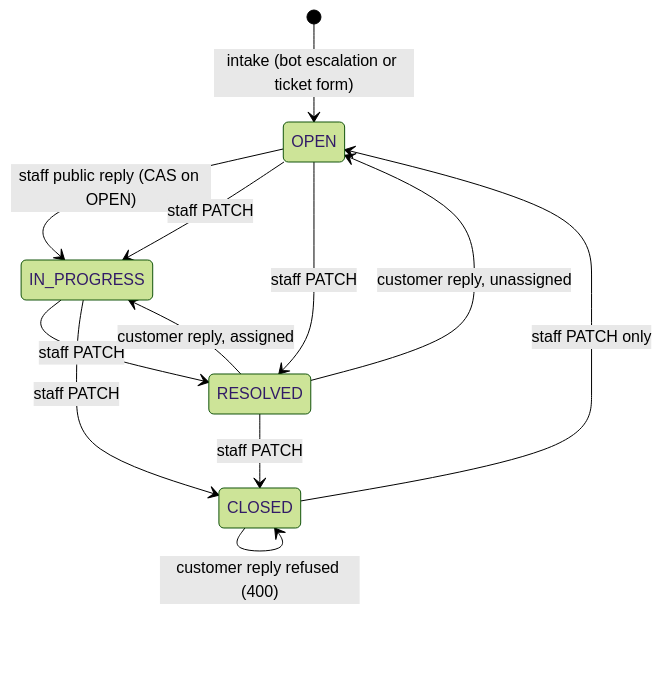
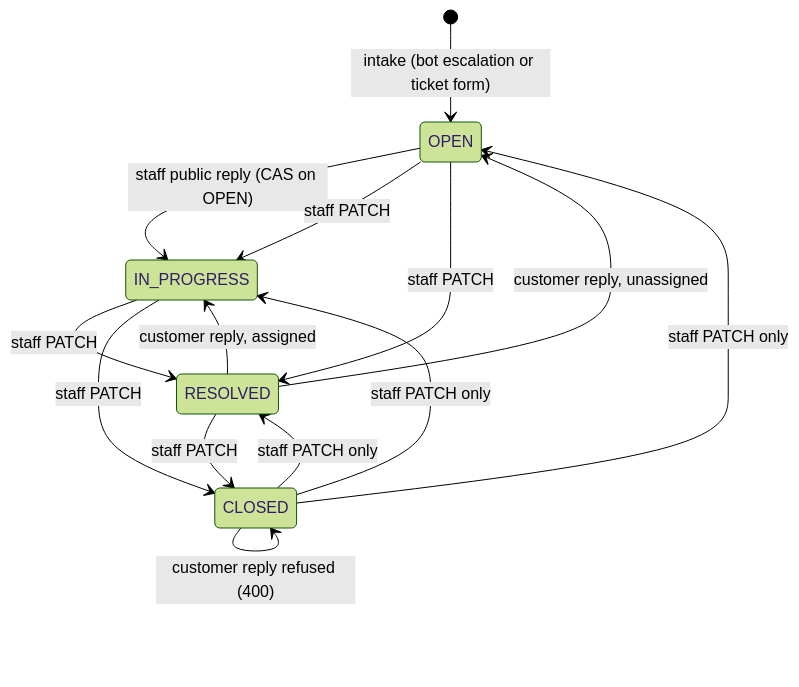
One commit to Practitionist/familiarise_web changed the first of 2 diagrams in docs/support/07-ticket-lifecycle-and-concurrency.md. Above: the diagram before and after it, drawn with Mermaid (forest theme). The commit also changed other lines of this file and 7 other files, not shown here.

````diff
--- a/docs/support/07-ticket-lifecycle-and-concurrency.md
+++ b/docs/support/07-ticket-lifecycle-and-concurrency.md
@@ -19,14 +19,16 @@
 ```mermaid
 stateDiagram-v2
     [*] --> OPEN: intake (bot escalation or ticket form)
     OPEN --> IN_PROGRESS: staff public reply (CAS on OPEN)
     OPEN --> IN_PROGRESS: staff PATCH
     IN_PROGRESS --> RESOLVED: staff PATCH
     OPEN --> RESOLVED: staff PATCH
     RESOLVED --> OPEN: customer reply, unassigned
     RESOLVED --> IN_PROGRESS: customer reply, assigned
     RESOLVED --> CLOSED: staff PATCH
     IN_PROGRESS --> CLOSED: staff PATCH
     CLOSED --> OPEN: staff PATCH only
+    CLOSED --> IN_PROGRESS: staff PATCH only
+    CLOSED --> RESOLVED: staff PATCH only
     CLOSED --> CLOSED: customer reply refused (400)
 ```
````
